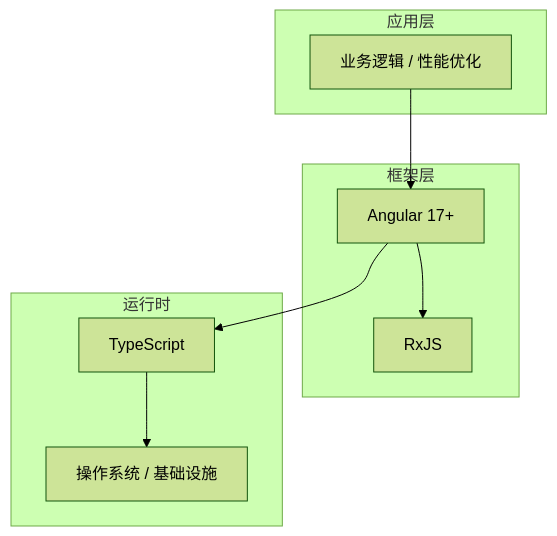
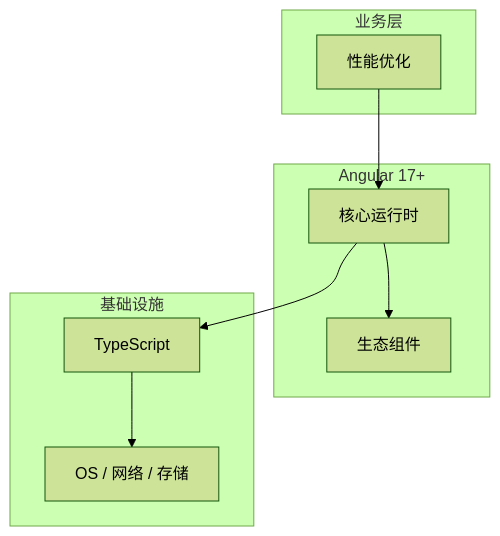
Before and after one commit to yanggan2015/knowledge-json-v2: the diagram in articles/Angular/chapters/071-性能优化核心概念与原理.md, drawn with Mermaid (forest theme). The commit also changed other lines of this file and 10127 other files, not shown here.

````diff
--- a/articles/Angular/chapters/071-性能优化核心概念与原理.md
+++ b/articles/Angular/chapters/071-性能优化核心概念与原理.md
@@ -45,18 +34,18 @@
 ```mermaid
 graph TB
-    subgraph 应用层
-        A[业务逻辑 / 性能优化]
+    subgraph 业务层
+        A[性能优化]
     end
-    subgraph 框架层
-        B[Angular 17+]
-        C[RxJS]
+    subgraph Angular 17+
+        B[核心运行时]
+        C[生态组件]
     end
-    subgraph 运行时
+    subgraph 基础设施
         D[TypeScript]
-        E[操作系统 / 基础设施]
+        E[OS / 网络 / 存储]
     end
     A --> B
     B --> C
     B --> D
     D --> E
 ```
````
